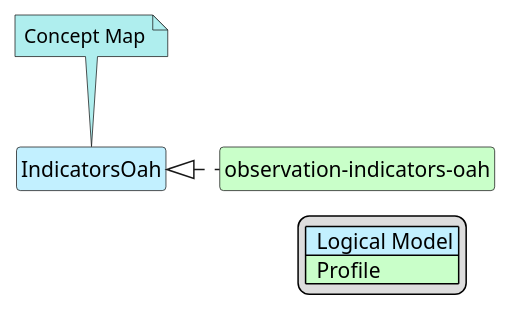
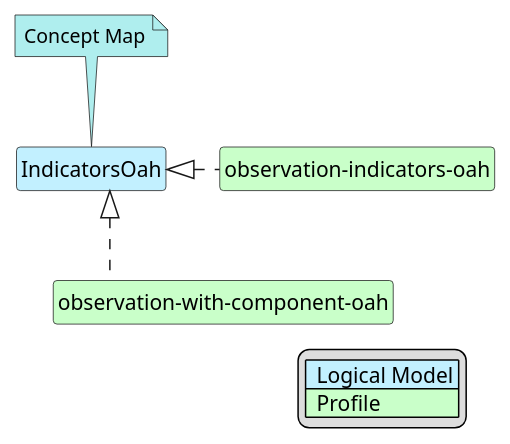
One commit to hl7-eu/oah changed the diagram in input/images-source/IndicatorsOah-map.plantuml. Above: the diagram before and after it, drawn with PlantUML. The commit also changed 16 other files, not shown here.

```diff
--- a/input/images-source/IndicatorsOah-map.plantuml
+++ b/input/images-source/IndicatorsOah-map.plantuml
@@ -1,21 +1,24 @@
 @startuml
 hide circle
 hide stereotype
 hide members
 hide methods
 skinparam linetype ortho
 skinparam class {
 BackgroundColor<<LogicalModel>> #APPLICATION
 BackgroundColor<<Profile>> #TECHNOLOGY
 }
 legend right
 | <#APPLICATION>  Logical Model |
 | <#TECHNOLOGY>  Profile |
 endlegend
 class "IndicatorsOah" <<LogicalModel>> [[StructureDefinition-IndicatorsOah.html]]
 note top #PaleTurquoise [[ConceptMap-IndicatorsOah2FHIR.html]]
 Concept Map
 endnote
 class "observation-indicators-oah" <<Profile>> [[StructureDefinition-observation-indicators-oah.html]]
 "IndicatorsOah" <|. "observation-indicators-oah"
+class "observation-with-component-oah" <<Profile>> [[StructureDefinition-observation-with-component-oah.html]]
+"IndicatorsOah" <|. "observation-with-component-oah"
+"observation-indicators-oah" -d[hidden]-> "observation-with-component-oah"
 @enduml
```
